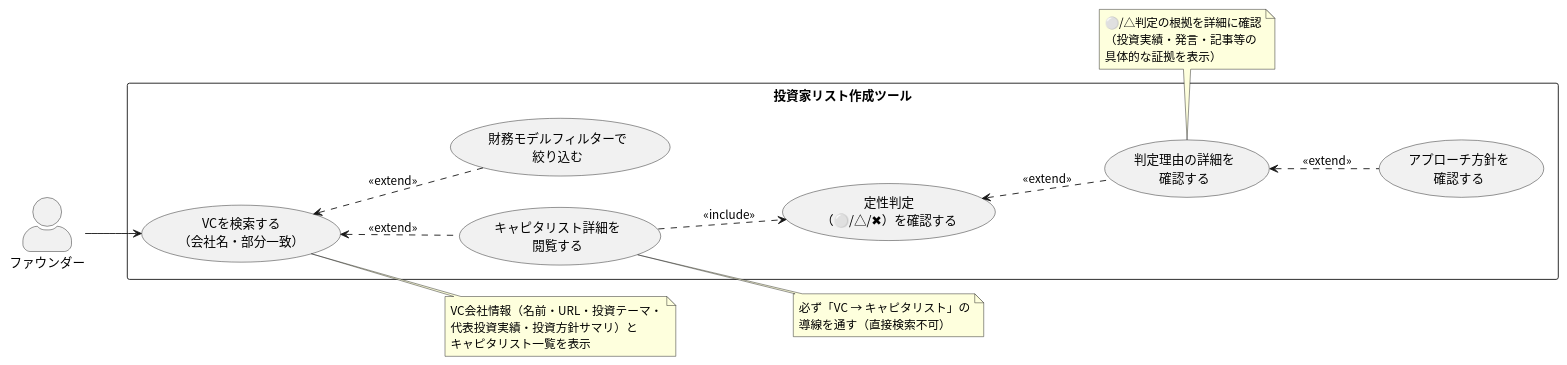
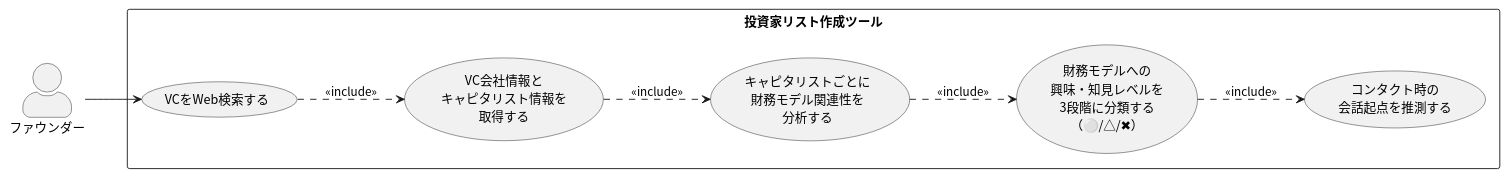
One commit to ma-ra-tann/- changed the diagram in usecase.puml. Above: the diagram before and after it, drawn with PlantUML. The commit also changed 1 other file, not shown here.

Commit message:
ユースケース図を仕様書ベースの5ステップ構成に刷新
Web検索→情報取得→分析→分類→会話起点推測の順に整理

```diff
--- a/usecase.puml
+++ b/usecase.puml
@@ -1,46 +1,28 @@
 @startuml 投資家リスト作成ツール ユースケース図
 
 skinparam actorStyle awesome
 skinparam packageStyle rectangle
 skinparam defaultFontName "Noto Sans CJK JP"
 skinparam shadowing false
 
 left to right direction
 
 actor "ファウンダー" as founder
 
 rectangle "投資家リスト作成ツール" {
-  usecase "VCを検索する\n（会社名・部分一致）" as UC1
-  usecase "キャピタリスト詳細を\n閲覧する" as UC2
-  usecase "財務モデルフィルターで\n絞り込む" as UC3
-  usecase "定性判定\n（⚪/△/✖）を確認する" as UC4
-  usecase "判定理由の詳細を\n確認する" as UC5
-  usecase "アプローチ方針を\n確認する" as UC6
+  usecase "VCをWeb検索する" as UC1
+  usecase "VC会社情報と\nキャピタリスト情報を\n取得する" as UC2
+  usecase "キャピタリストごとに\n財務モデル関連性を\n分析する" as UC3
+  usecase "財務モデルへの\n興味・知見レベルを\n3段階に分類する\n（⚪/△/✖）" as UC4
+  usecase "コンタクト時の\n会話起点を推測する" as UC5
 }
 
 founder --> UC1
 
-UC1 <.. UC2 : <<extend>>
-UC1 <.. UC3 : <<extend>>
-UC2 ..> UC4 : <<include>>
-UC4 <.. UC5 : <<extend>>
-UC5 <.. UC6 : <<extend>>
+UC1 ..> UC2 : <<include>>
+UC2 ..> UC3 : <<include>>
+UC3 ..> UC4 : <<include>>
+UC4 ..> UC5 : <<include>>
 
-note right of UC1
-  VC会社情報（名前・URL・投資テーマ・
-  代表投資実績・投資方針サマリ）と
-  キャピタリスト一覧を表示
-end note
-
-note right of UC2
-  必ず「VC → キャピタリスト」の
-  導線を通す（直接検索不可）
-end note
-
-note bottom of UC5
-  ⚪/△判定の根拠を詳細に確認
-  （投資実績・発言・記事等の
-  具体的な証拠を表示）
-end note
 
 @enduml
```
